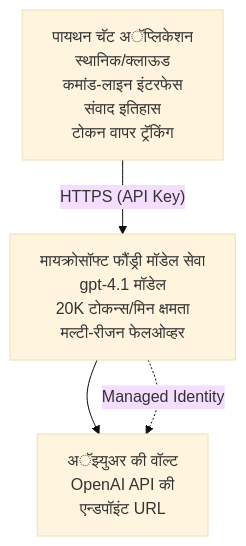
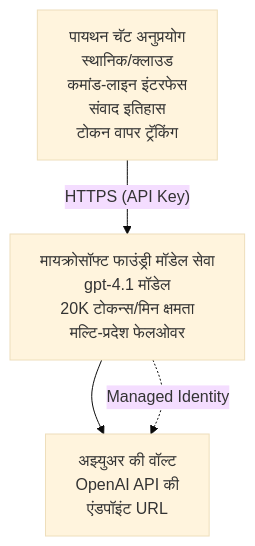
The diagram in translations/mr/examples/azure-openai-chat/README.md (microsoft/AZD-for-beginners), drawn with Mermaid (base theme) before and after one commit. The commit also changed other lines of this file and 104 other files, not shown here.

````diff
--- a/translations/mr/examples/azure-openai-chat/README.md
+++ b/translations/mr/examples/azure-openai-chat/README.md
@@ -26,6 +26,6 @@
 ```mermaid
 graph TD
-    App[पायथन चॅट अॅप्लिकेशन<br/>स्थानिक/क्लाऊड<br/>कमांड-लाइन इंटरफेस<br/>संवाद इतिहास<br/>टोकन वापर ट्रॅकिंग] -- "HTTPS (API Key)" --> Foundry[मायक्रोसॉफ्ट फौंड्री मॉडेल सेवा<br/>gpt-4.1 मॉडेल<br/>20K टोकन्स/मिन क्षमता<br/>मल्टी-रीजन फेलओव्हर]
-    Foundry --> KV[अॅझ्युअर की वॉल्ट<br/>OpenAI API की<br/>एन्डपॉइंट URL]
+    App[पायथन चॅट अनुप्रयोग<br/>स्थानिक/क्लाउड<br/>कमांड-लाइन इंटरफेस<br/>संवाद इतिहास<br/>टोकन वापर ट्रॅकिंग] -- "HTTPS (API Key)" --> Foundry[मायक्रोसॉफ्ट फाउंड्री मॉडेल सेवा<br/>gpt-4.1 मॉडेल<br/>20K टोकन्स/मिन क्षमता<br/>मल्टि-प्रदेश फेलओवर]
+    Foundry --> KV[अझ्युअर की वॉल्ट<br/>OpenAI API की<br/>एंडपॉइंट URL]
     Foundry -. Managed Identity .-> KV
 ```
````
